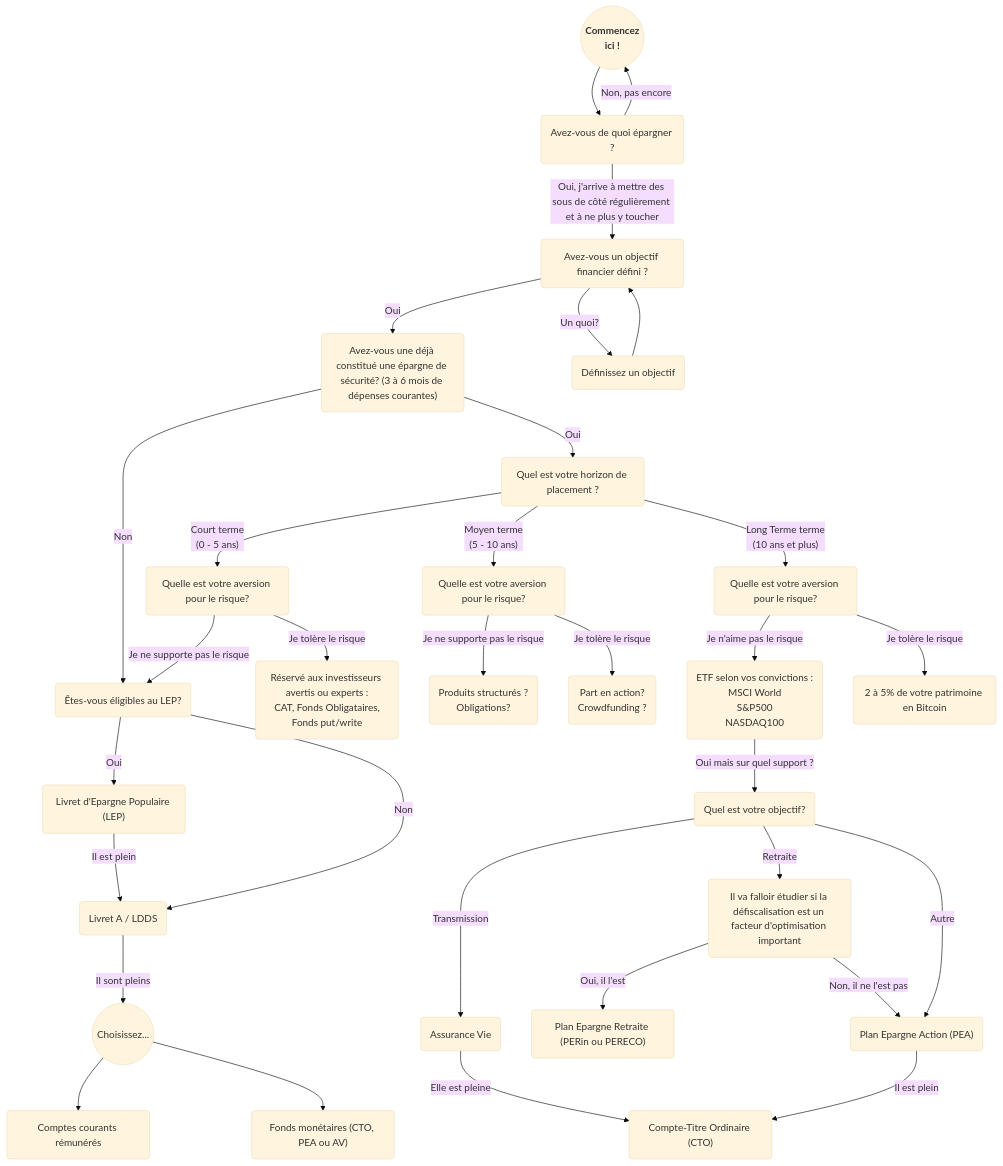
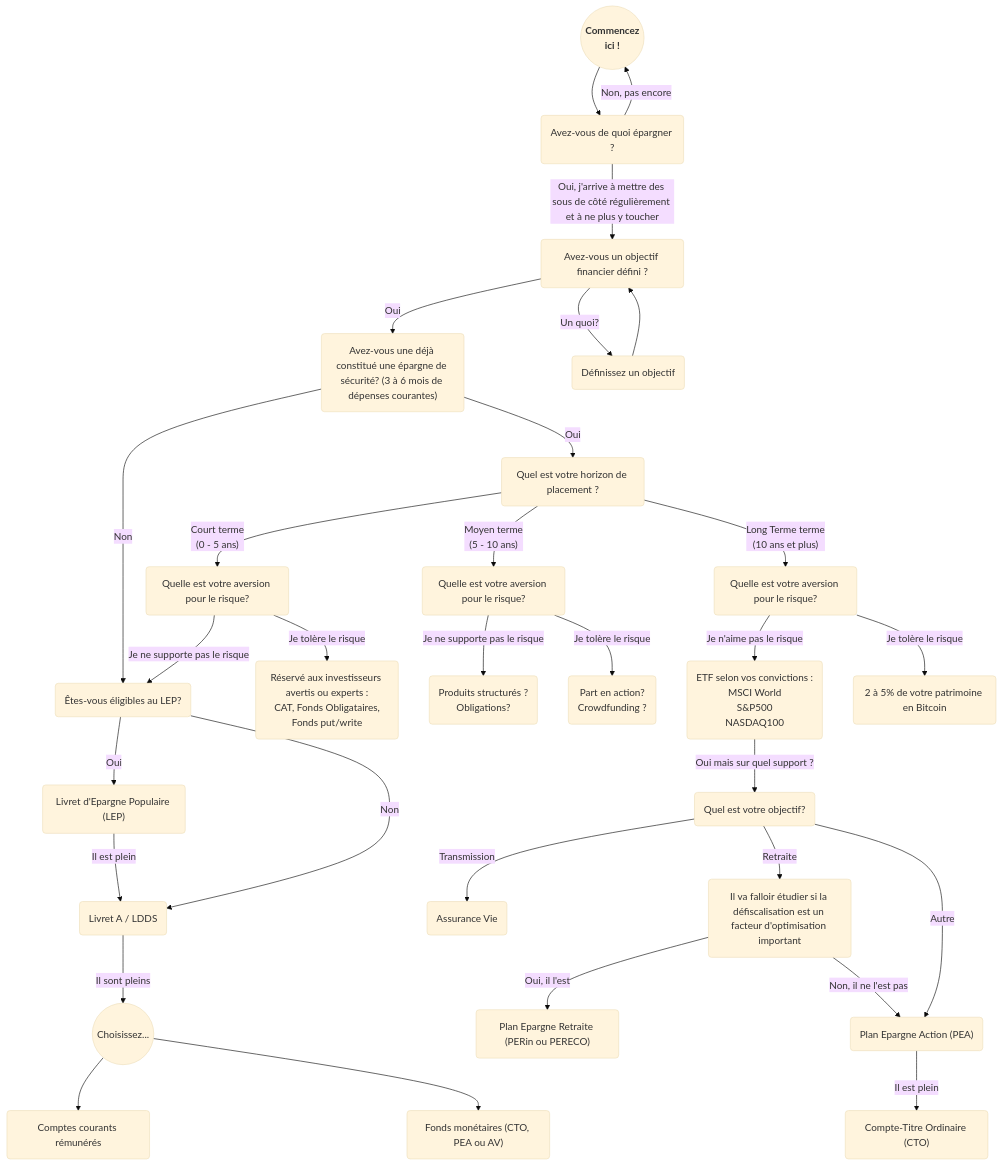
Before and after one commit to luminoucat/MesFinances: the diagram in README.md, drawn with Mermaid (base theme).

Commit message:
Update README.md
Oops, élevage de AV pleine

```diff
--- a/README.md
+++ b/README.md
@@ -75,8 +75,6 @@
 
     lep--Il est plein-->laldds
 
-    av--Elle est pleine-->cto
-
     laldds--Il sont pleins-->plein
 
     plein-->ccrémunéré
```
